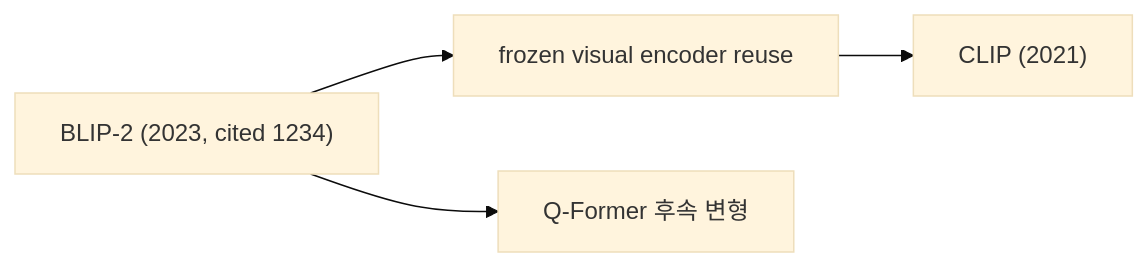
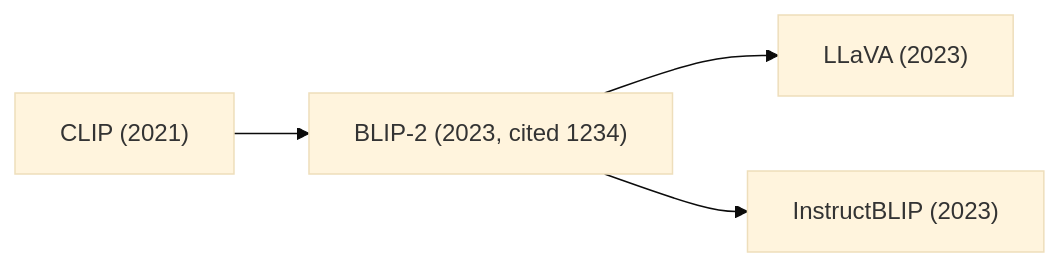
The diagram in README.md (cholhwanjung/research-mcp), drawn with Mermaid (base theme) before and after one commit. The commit also changed other lines of this file and 26 other files, not shown here.

````diff
--- a/README.md
+++ b/README.md
@@ -42,7 +53,7 @@
 ```mermaid
 graph LR
   anchor["BLIP-2 (2023, cited 1234)"]
-  anchor --> g1[frozen visual encoder reuse]
-  anchor --> g2[Q-Former 후속 변형]
-  g1 --> p1["CLIP (2021)"]
+  refs["CLIP (2021)"] --> anchor
+  anchor --> cite1["LLaVA (2023)"]
+  anchor --> cite2["InstructBLIP (2023)"]
 ```
````
